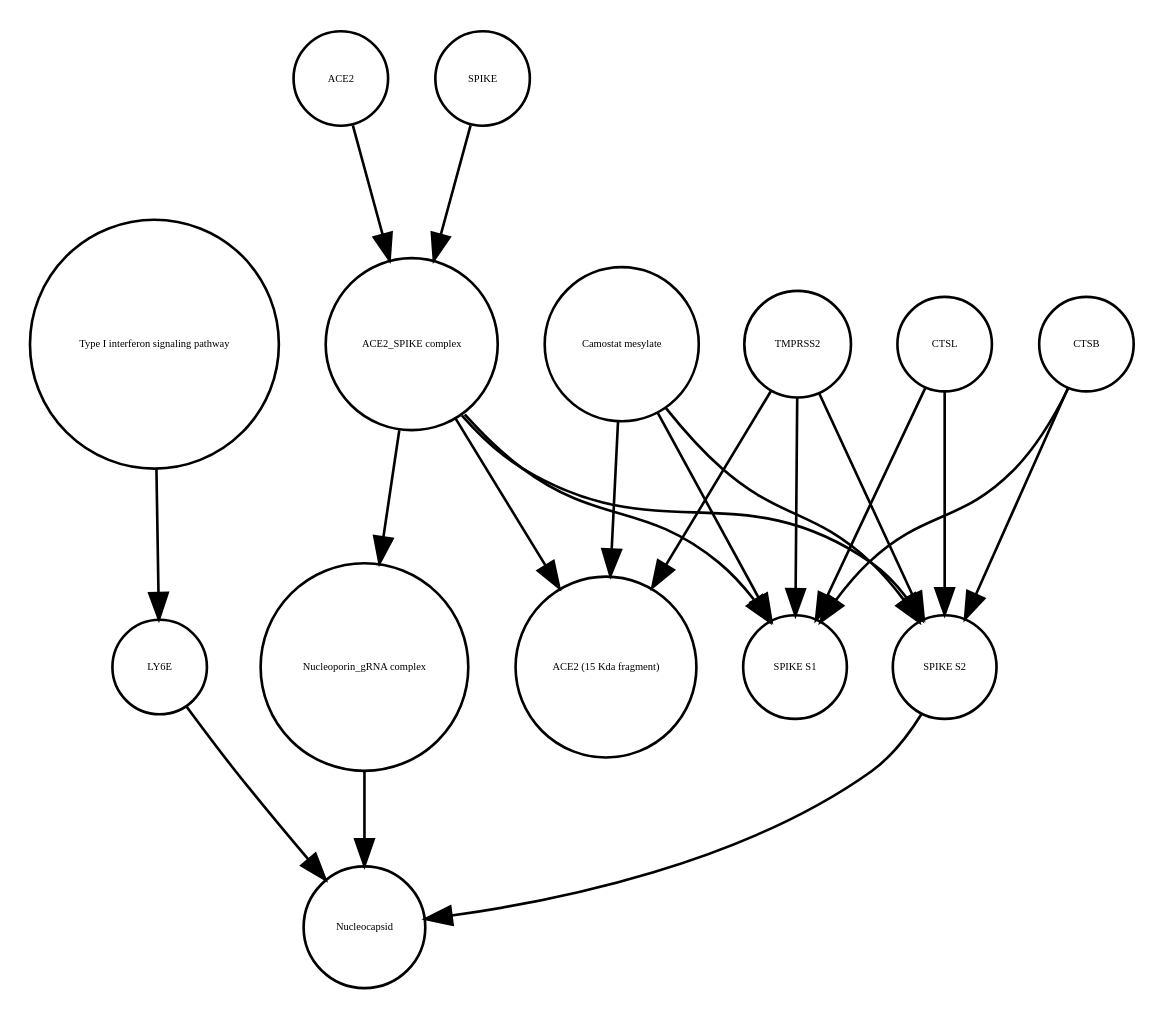
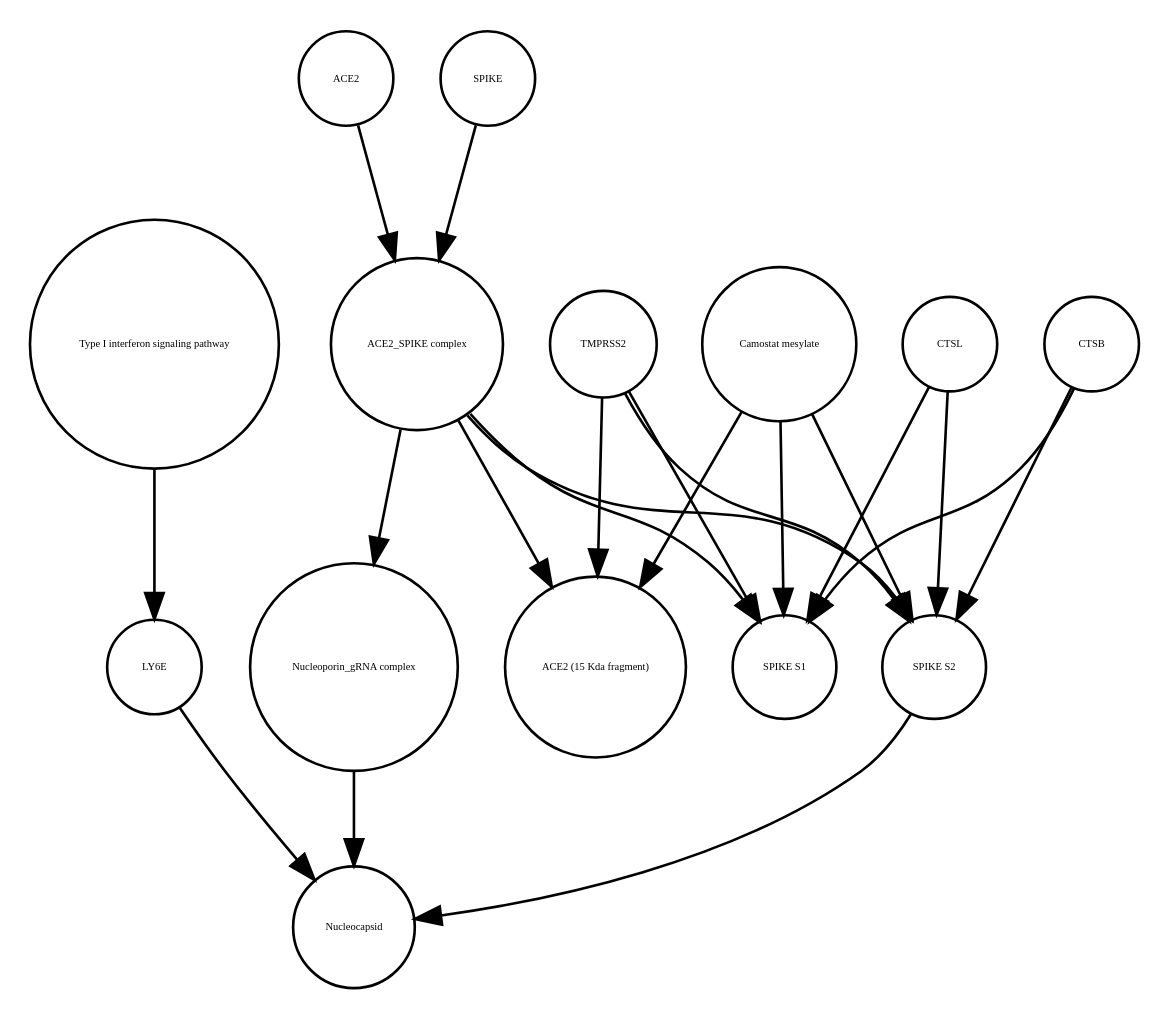
The diagram in Virus_replication_cycle_V01.xml_projected.dot (cannin/covid19-sbgn), drawn with Graphviz before and after one commit. The commit also changed 572 other files, not shown here.

```diff
--- a/Virus_replication_cycle_V01.xml_projected.dot
+++ b/Virus_replication_cycle_V01.xml_projected.dot
@@ -1,36 +1,36 @@
 strict digraph  {
 "Type I interferon signaling pathway" [annotation="", bipartite=0, cls=phenotype, fontsize=4, label="Type I interferon signaling pathway", shape=circle];
 LY6E [annotation="", bipartite=0, cls=macromolecule, fontsize=4, label=LY6E, shape=circle];
-ACE2 [annotation="", bipartite=0, cls=macromolecule, fontsize=4, label=ACE2, shape=circle];
+"ACE2 (15 Kda fragment)" [annotation="", bipartite=0, cls=macromolecule, fontsize=4, label="ACE2 (15 Kda fragment)", shape=circle];
 CTSB [annotation="", bipartite=0, cls=macromolecule, fontsize=4, label=CTSB, shape=circle];
-SPIKE [annotation="", bipartite=0, cls="macromolecule multimer", fontsize=4, label=SPIKE, shape=circle];
-Nucleocapsid [annotation="", bipartite=0, cls=complex, fontsize=4, label=Nucleocapsid, shape=circle];
-"Nucleoporin_gRNA complex " [annotation="", bipartite=0, cls=complex, fontsize=4, label="Nucleoporin_gRNA complex ", shape=circle];
-CTSL [annotation="", bipartite=0, cls=macromolecule, fontsize=4, label=CTSL, shape=circle];
-"ACE2 (15 Kda fragment)" [annotation="", bipartite=0, cls=macromolecule, fontsize=4, label="ACE2 (15 Kda fragment)", shape=circle];
-"ACE2_SPIKE complex" [annotation="", bipartite=0, cls=complex, fontsize=4, label="ACE2_SPIKE complex", shape=circle];
-"Camostat mesylate" [annotation="urn_miriam_pubchem.compound_2536", bipartite=0, cls="simple chemical", fontsize=4, label="Camostat mesylate", shape=circle];
-"SPIKE S2" [annotation="", bipartite=0, cls=macromolecule, fontsize=4, label="SPIKE S2", shape=circle];
 "SPIKE S1" [annotation="", bipartite=0, cls=macromolecule, fontsize=4, label="SPIKE S1", shape=circle];
 TMPRSS2 [annotation="", bipartite=0, cls=macromolecule, fontsize=4, label=TMPRSS2, shape=circle];
+"Nucleoporin_gRNA complex " [annotation="", bipartite=0, cls=complex, fontsize=4, label="Nucleoporin_gRNA complex ", shape=circle];
+Nucleocapsid [annotation="", bipartite=0, cls=complex, fontsize=4, label=Nucleocapsid, shape=circle];
+"Camostat mesylate" [annotation="urn_miriam_pubchem.compound_2536", bipartite=0, cls="simple chemical", fontsize=4, label="Camostat mesylate", shape=circle];
+ACE2 [annotation="", bipartite=0, cls=macromolecule, fontsize=4, label=ACE2, shape=circle];
+SPIKE [annotation="", bipartite=0, cls="macromolecule multimer", fontsize=4, label=SPIKE, shape=circle];
+"SPIKE S2" [annotation="", bipartite=0, cls=macromolecule, fontsize=4, label="SPIKE S2", shape=circle];
+CTSL [annotation="", bipartite=0, cls=macromolecule, fontsize=4, label=CTSL, shape=circle];
+"ACE2_SPIKE complex" [annotation="", bipartite=0, cls=complex, fontsize=4, label="ACE2_SPIKE complex", shape=circle];
 "Type I interferon signaling pathway" -> LY6E  [annotation="", interaction_type=stimulation];
-LY6E -> Nucleocapsid  [annotation="urn_miriam_doi_10.1101%2F2020.03.05.979260", interaction_type=inhibition];
+LY6E -> Nucleocapsid  [annotation="urn_miriam_doi_10.1101%2F2020.03.05.979260|urn_miriam_pubmed_32142651|urn_miriam_pubmed_32094589", interaction_type=inhibition];
+CTSB -> "SPIKE S1"  [annotation=urn_miriam_pubmed_32142651, interaction_type=catalysis];
+CTSB -> "SPIKE S2"  [annotation=urn_miriam_pubmed_32142651, interaction_type=catalysis];
+TMPRSS2 -> "ACE2 (15 Kda fragment)"  [annotation="urn_miriam_pubmed_32142651|urn_miriam_pubmed_32094589|urn_miriam_pubmed_24227843", interaction_type=catalysis];
+TMPRSS2 -> "SPIKE S1"  [annotation="urn_miriam_pubmed_32142651|urn_miriam_pubmed_32094589|urn_miriam_pubmed_24227843", interaction_type=catalysis];
+TMPRSS2 -> "SPIKE S2"  [annotation="urn_miriam_pubmed_32142651|urn_miriam_pubmed_32094589|urn_miriam_pubmed_24227843", interaction_type=catalysis];
+"Nucleoporin_gRNA complex " -> Nucleocapsid  [annotation="", interaction_type=production];
+"Camostat mesylate" -> "ACE2 (15 Kda fragment)"  [annotation="urn_miriam_pubmed_32142651|urn_miriam_pubmed_32094589|urn_miriam_pubmed_24227843", interaction_type=inhibition];
+"Camostat mesylate" -> "SPIKE S1"  [annotation="urn_miriam_pubmed_32142651|urn_miriam_pubmed_32094589|urn_miriam_pubmed_24227843", interaction_type=inhibition];
+"Camostat mesylate" -> "SPIKE S2"  [annotation="urn_miriam_pubmed_32142651|urn_miriam_pubmed_32094589|urn_miriam_pubmed_24227843", interaction_type=inhibition];
 ACE2 -> "ACE2_SPIKE complex"  [annotation="", interaction_type=production];
-CTSB -> "SPIKE S2"  [annotation=urn_miriam_pubmed_32142651, interaction_type=catalysis];
-CTSB -> "SPIKE S1"  [annotation=urn_miriam_pubmed_32142651, interaction_type=catalysis];
 SPIKE -> "ACE2_SPIKE complex"  [annotation="", interaction_type=production];
-"Nucleoporin_gRNA complex " -> Nucleocapsid  [annotation="", interaction_type=production];
+"SPIKE S2" -> Nucleocapsid  [annotation="urn_miriam_doi_10.1101%2F2020.03.05.979260|urn_miriam_pubmed_32142651|urn_miriam_pubmed_32094589", interaction_type=stimulation];
+CTSL -> "SPIKE S1"  [annotation=urn_miriam_pubmed_32142651, interaction_type=catalysis];
 CTSL -> "SPIKE S2"  [annotation=urn_miriam_pubmed_32142651, interaction_type=catalysis];
-CTSL -> "SPIKE S1"  [annotation=urn_miriam_pubmed_32142651, interaction_type=catalysis];
+"ACE2_SPIKE complex" -> "Nucleoporin_gRNA complex "  [annotation="urn_miriam_pubmed_32142651|urn_miriam_pubmed_32094589", interaction_type=stimulation];
+"ACE2_SPIKE complex" -> "SPIKE S1"  [annotation="", interaction_type=production];
 "ACE2_SPIKE complex" -> "SPIKE S2"  [annotation="", interaction_type=production];
 "ACE2_SPIKE complex" -> "ACE2 (15 Kda fragment)"  [annotation="", interaction_type=production];
-"ACE2_SPIKE complex" -> "SPIKE S1"  [annotation="", interaction_type=production];
-"ACE2_SPIKE complex" -> "Nucleoporin_gRNA complex "  [annotation="urn_miriam_pubmed_32142651|urn_miriam_pubmed_32094589", interaction_type=stimulation];
-"Camostat mesylate" -> "SPIKE S2"  [annotation="urn_miriam_pubmed_32142651|urn_miriam_pubmed_32094589|urn_miriam_pubmed_24227843", interaction_type=inhibition];
-"Camostat mesylate" -> "ACE2 (15 Kda fragment)"  [annotation="urn_miriam_pubmed_32142651|urn_miriam_pubmed_32094589|urn_miriam_pubmed_24227843", interaction_type=inhibition];
-"Camostat mesylate" -> "SPIKE S1"  [annotation="urn_miriam_pubmed_32142651|urn_miriam_pubmed_32094589|urn_miriam_pubmed_24227843", interaction_type=inhibition];
-"SPIKE S2" -> Nucleocapsid  [annotation="urn_miriam_doi_10.1101%2F2020.03.05.979260", interaction_type=stimulation];
-TMPRSS2 -> "SPIKE S2"  [annotation="urn_miriam_pubmed_32142651|urn_miriam_pubmed_32094589|urn_miriam_pubmed_24227843", interaction_type=catalysis];
-TMPRSS2 -> "ACE2 (15 Kda fragment)"  [annotation="urn_miriam_pubmed_32142651|urn_miriam_pubmed_32094589|urn_miriam_pubmed_24227843", interaction_type=catalysis];
-TMPRSS2 -> "SPIKE S1"  [annotation="urn_miriam_pubmed_32142651|urn_miriam_pubmed_32094589|urn_miriam_pubmed_24227843", interaction_type=catalysis];
 }
```
